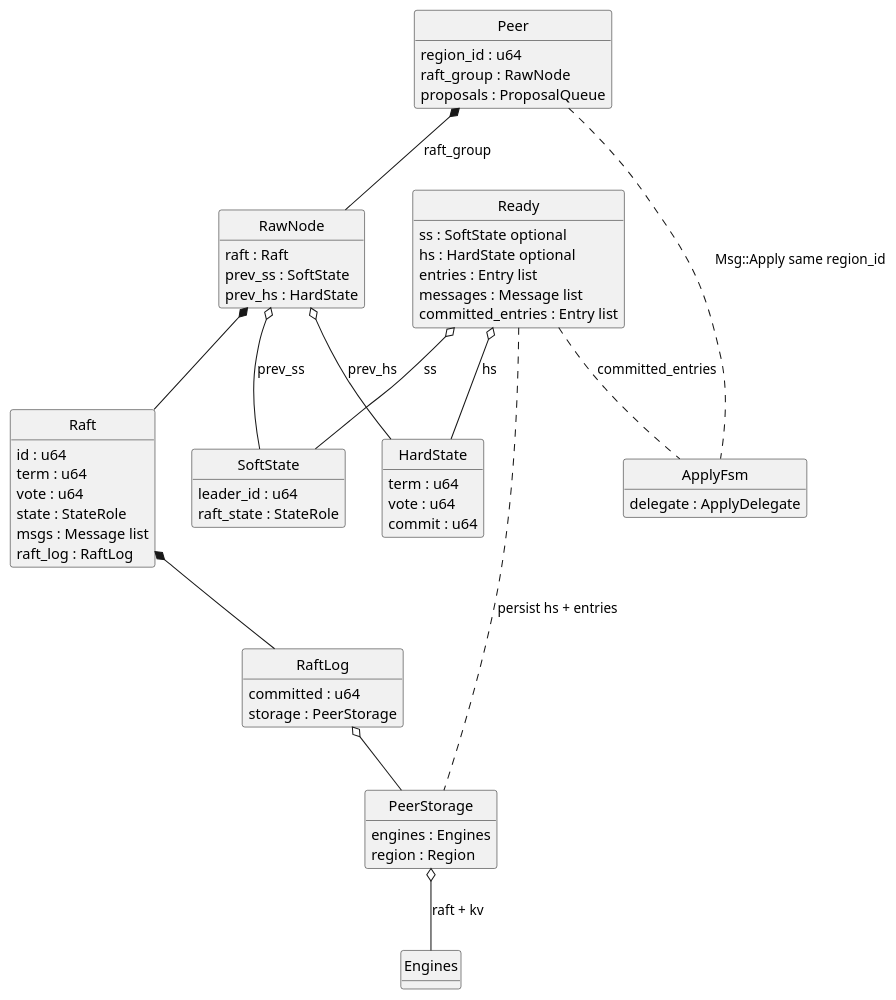
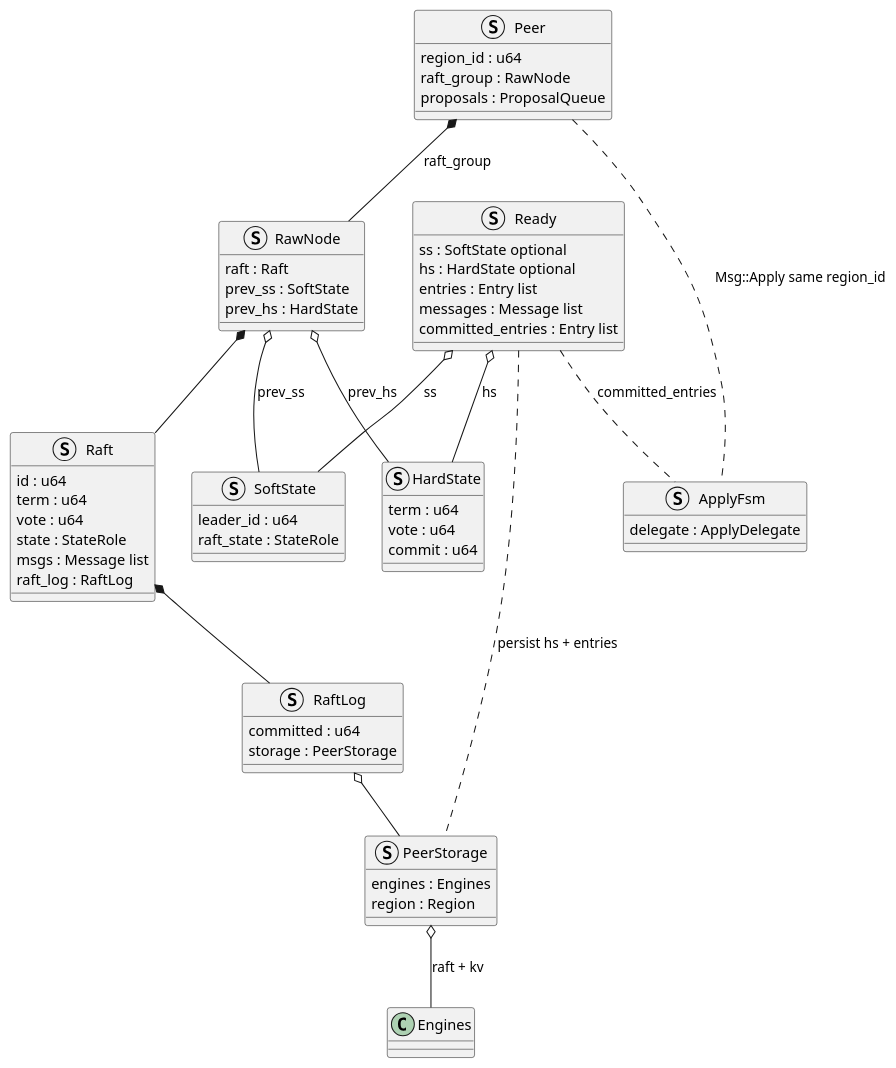
The second of 2 diagrams in content/post/data/db/tidb/tikv/index.md (kevinwang930/kevinwang930.github.io), drawn with PlantUML before and after one commit. The commit also changed other lines of this file, not shown here.

````diff
--- a/content/post/data/db/tidb/tikv/index.md
+++ b/content/post/data/db/tidb/tikv/index.md
@@ -274,75 +274,73 @@
 ```plantuml
 @startuml
-skinparam classAttributeIconSize 0
-hide empty methods
-hide circle
+
 
 struct Peer {
   region_id : u64
   raft_group : RawNode
   proposals : ProposalQueue
 }
 
 struct RawNode {
   raft : Raft
   prev_ss : SoftState
   prev_hs : HardState
 }
 
 struct Raft {
   id : u64
   term : u64
   vote : u64
   state : StateRole
   msgs : Message list
   raft_log : RaftLog
 }
 
 struct SoftState {
   leader_id : u64
   raft_state : StateRole
 }
 
 struct HardState {
   term : u64
   vote : u64
   commit : u64
 }
 
 struct RaftLog {
   committed : u64
   storage : PeerStorage
 }
 
 struct PeerStorage {
   engines : Engines
   region : Region
 }
 
 struct Ready {
   ss : SoftState optional
   hs : HardState optional
   entries : Entry list
   messages : Message list
   committed_entries : Entry list
 }
 
 struct ApplyFsm {
   delegate : ApplyDelegate
 }
 
 Peer *-- RawNode : raft_group
 RawNode *-- Raft
 RawNode o-- SoftState : prev_ss
 RawNode o-- HardState : prev_hs
 Raft *-- RaftLog
 RaftLog o-- PeerStorage
 PeerStorage o-- Engines : raft + kv
 Peer .. ApplyFsm : Msg::Apply same region_id
 Ready o-- SoftState : ss
 Ready o-- HardState : hs
 Ready .. PeerStorage : persist hs + entries
 Ready .. ApplyFsm : committed_entries
 
 @enduml
 ```
````
